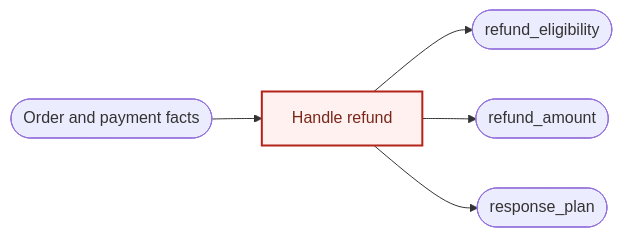
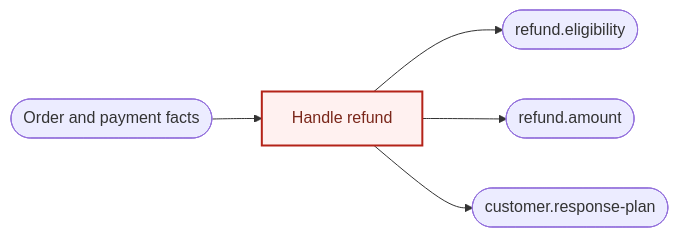
One commit to hpark0011/decision-engineering changed the fifth of 7 diagrams in README.md. Above: the diagram before and after it, drawn with Mermaid. The commit also changed other lines of this file and 6 other files, not shown here.

Commit message:
reconcile drift between README, IDEA, SCHEMA

````diff
--- a/README.md
+++ b/README.md
@@ -144,9 +457,9 @@
 ```mermaid
 flowchart LR
     F([Order and payment facts]) --> D[Handle refund]
-    D --> E([refund_eligibility])
-    D --> A([refund_amount])
-    D --> R([response_plan])
+    D --> E([refund.eligibility])
+    D --> A([refund.amount])
+    D --> R([customer.response-plan])
     classDef problem fill:#fff1f0,stroke:#b42318,color:#7a271a,stroke-width:2px
     class D problem
 ```
````
